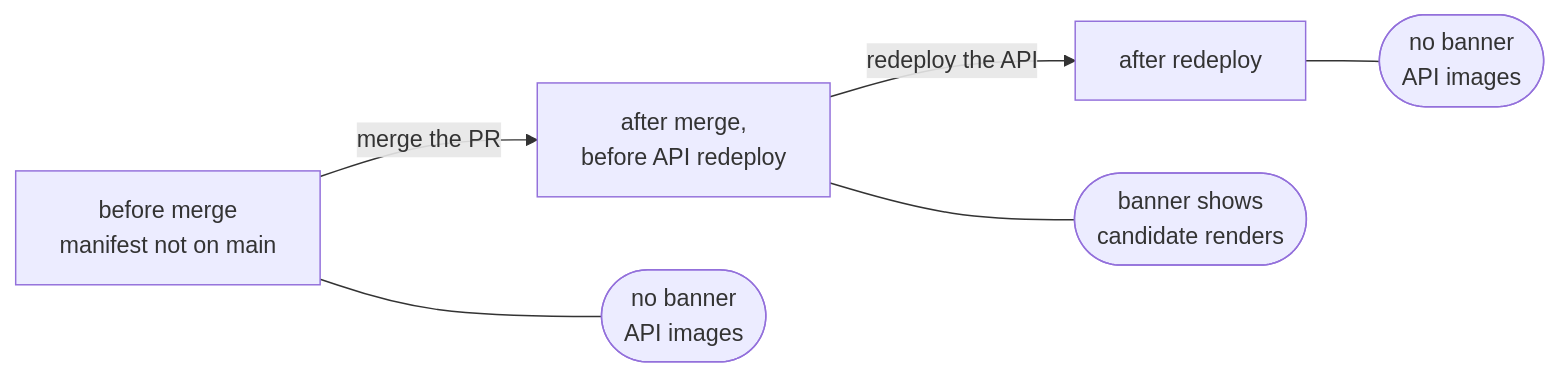
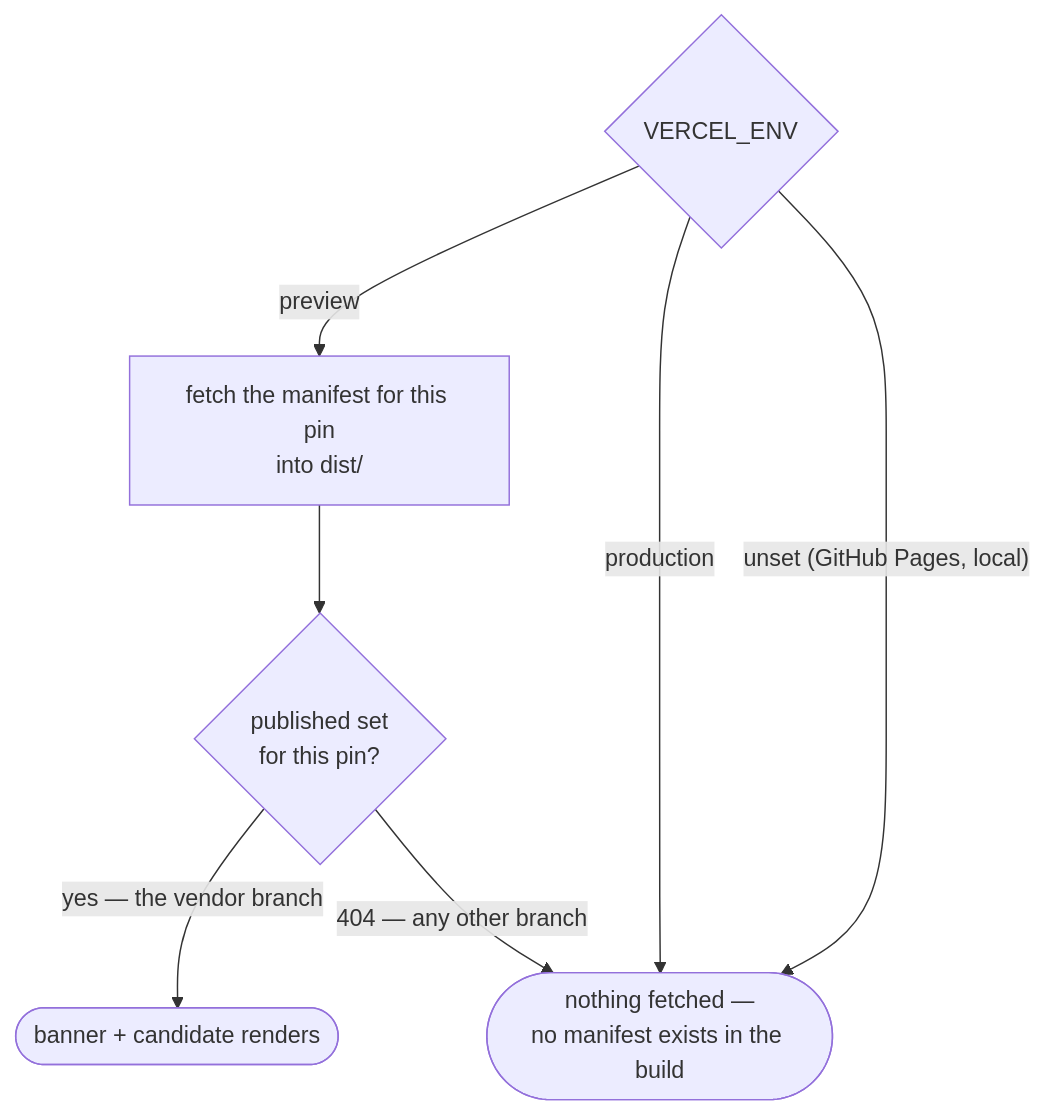
Before and after one commit to NNTin/pixel-index: the sixth of 6 diagrams in docs/preview-deployments.md, drawn with Mermaid. The commit also changed other lines of this file and 12 other files, not shown here.

````diff
--- a/docs/preview-deployments.md
+++ b/docs/preview-deployments.md
@@ -378,9 +387,11 @@
 ```mermaid
-flowchart LR
-    P1["before merge<br/>manifest not on main"] -->|"merge the PR"| P2["after merge,<br/>before API redeploy"]
-    P2 -->|"redeploy the API"| P3["after redeploy"]
+flowchart TD
+    B{"VERCEL_ENV"}
+    B -->|"preview"| P["fetch the manifest for this pin<br/>into dist/"]
+    B -->|"production"| X(["nothing fetched —<br/>no manifest exists in the build"])
+    B -->|"unset (GitHub Pages, local)"| X
 
-    P1 --- N1(["no banner<br/>API images"])
-    P2 --- N2(["banner shows<br/>candidate renders"])
-    P3 --- N3(["no banner<br/>API images"])
+    P --> Q{"published set<br/>for this pin?"}
+    Q -->|"yes — the vendor branch"| ON(["banner + candidate renders"])
+    Q -->|"404 — any other branch"| X
 ```
````
